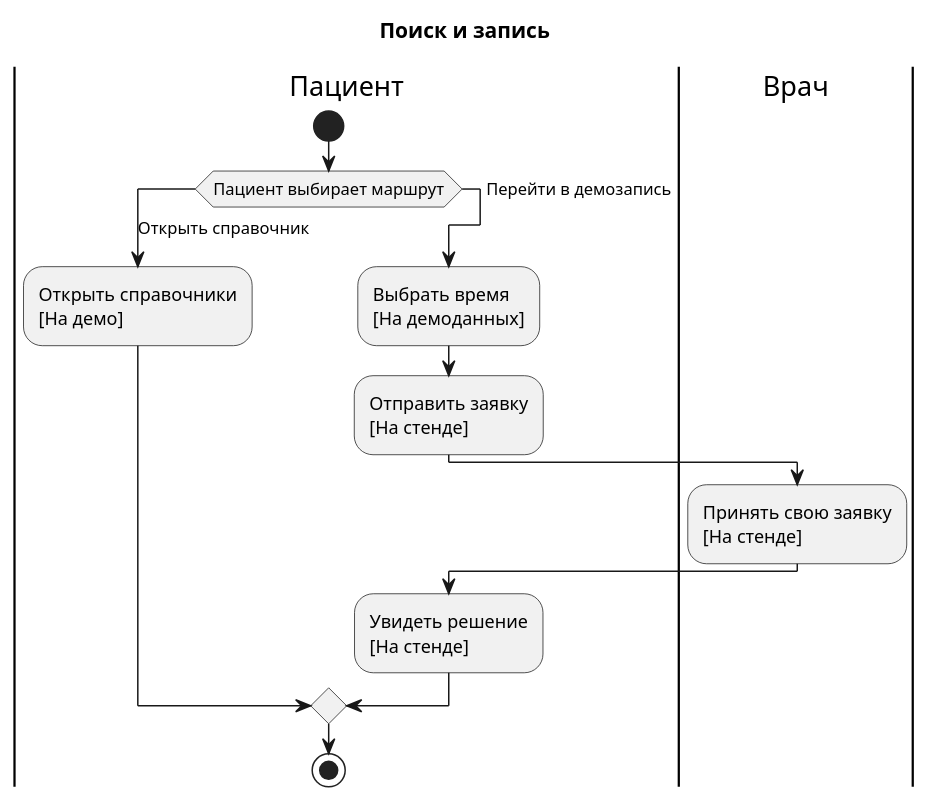
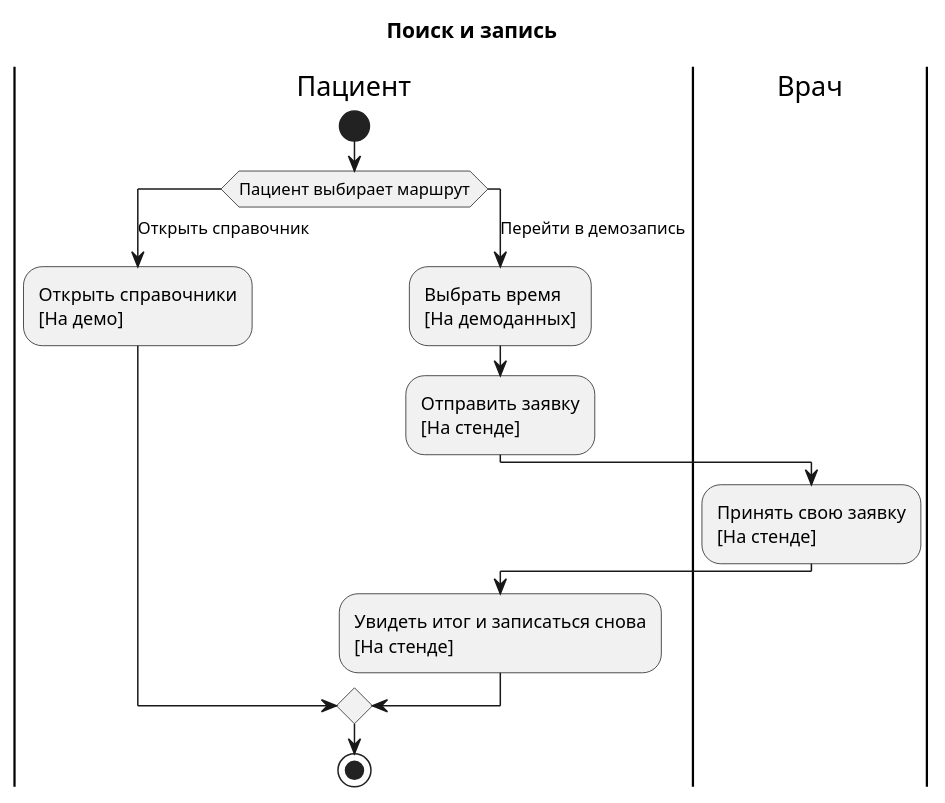
The diagram in care.puml (medbookdev/medbook-readiness), drawn with PlantUML before and after one commit. The commit also changed 13 other files, not shown here.

```diff
--- a/care.puml
+++ b/care.puml
@@ -1,20 +1,20 @@
 @startuml
 title Поиск и запись
 |Пациент|
 start
 switch (Пациент выбирает маршрут)
 case (Открыть справочник)
 |Пациент|
 :Открыть справочники\n[На демо];
 case (Перейти в демозапись)
 |Пациент|
 :Выбрать время\n[На демоданных];
 |Пациент|
 :Отправить заявку\n[На стенде];
 |Врач|
 :Принять свою заявку\n[На стенде];
 |Пациент|
-:Увидеть решение\n[На стенде];
+:Увидеть итог и записаться снова\n[На стенде];
 endswitch
 stop
 @enduml
```
